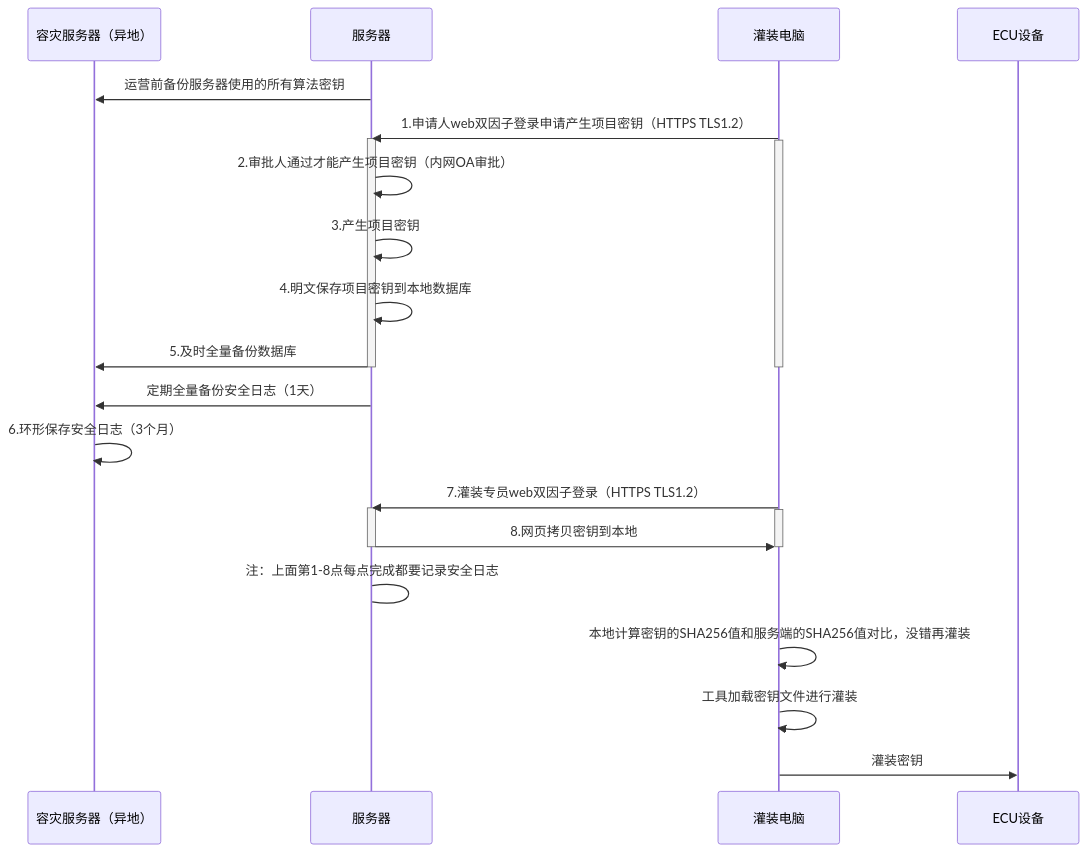
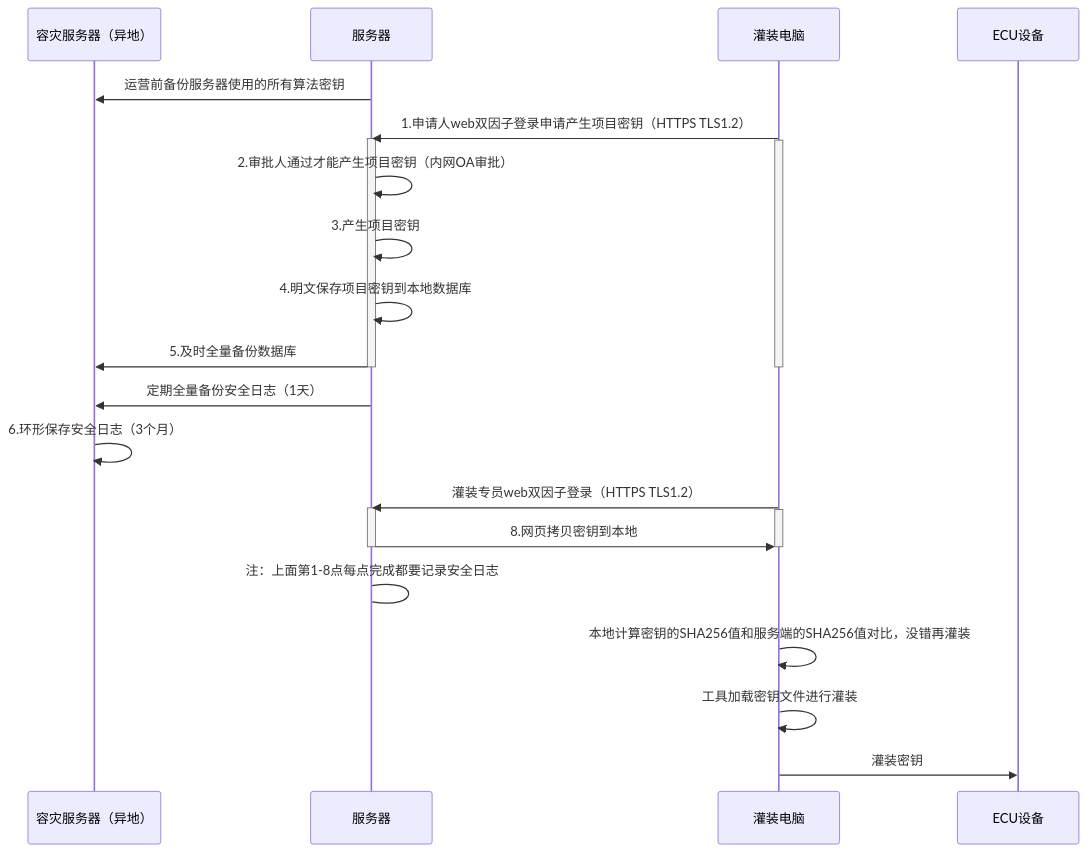
The diagram in all/未命名-20.md (facebook-cloud/iodraw-files), drawn with Mermaid before and after one commit.

Commit message:
2026-03-28 09:31:43 update

````diff
--- a/all/未命名-20.md
+++ b/all/未命名-20.md
@@ -1,35 +1,35 @@
 ```mermaid
 sequenceDiagram
     participant A as 容灾服务器（异地）
     participant B as 服务器
     participant D as 灌装电脑
     participant E as ECU设备
 
     B->>A: 运营前备份服务器使用的所有算法密钥
     D->>B: 1.申请人web双因子登录申请产生项目密钥（HTTPS TLS1.2）
     activate B
     activate D
     B->>B: 2.审批人通过才能产生项目密钥（内网OA审批）
     B->>B: 3.产生项目密钥
     B->>B: 4.明文保存项目密钥到本地数据库
     B->>A: 5.及时全量备份数据库
 
     deactivate B
     deactivate D
 
     B->>A: 定期全量备份安全日志（1天）
     A->>A: 6.环形保存安全日志（3个月）
     
-    D->>B: 7.灌装专员web双因子登录（HTTPS TLS1.2）
+    D->>B: 灌装专员web双因子登录（HTTPS TLS1.2）
     activate B
     activate D
     B->>D: 8.网页拷贝密钥到本地
     deactivate B
     deactivate D
     B->B: 注：上面第1-8点每点完成都要记录安全日志
 
     D->>D:本地计算密钥的SHA256值和服务端的SHA256值对比，没错再灌装
     D->>D:工具加载密钥文件进行灌装
     
     D->>E: 灌装密钥
 ```
````
